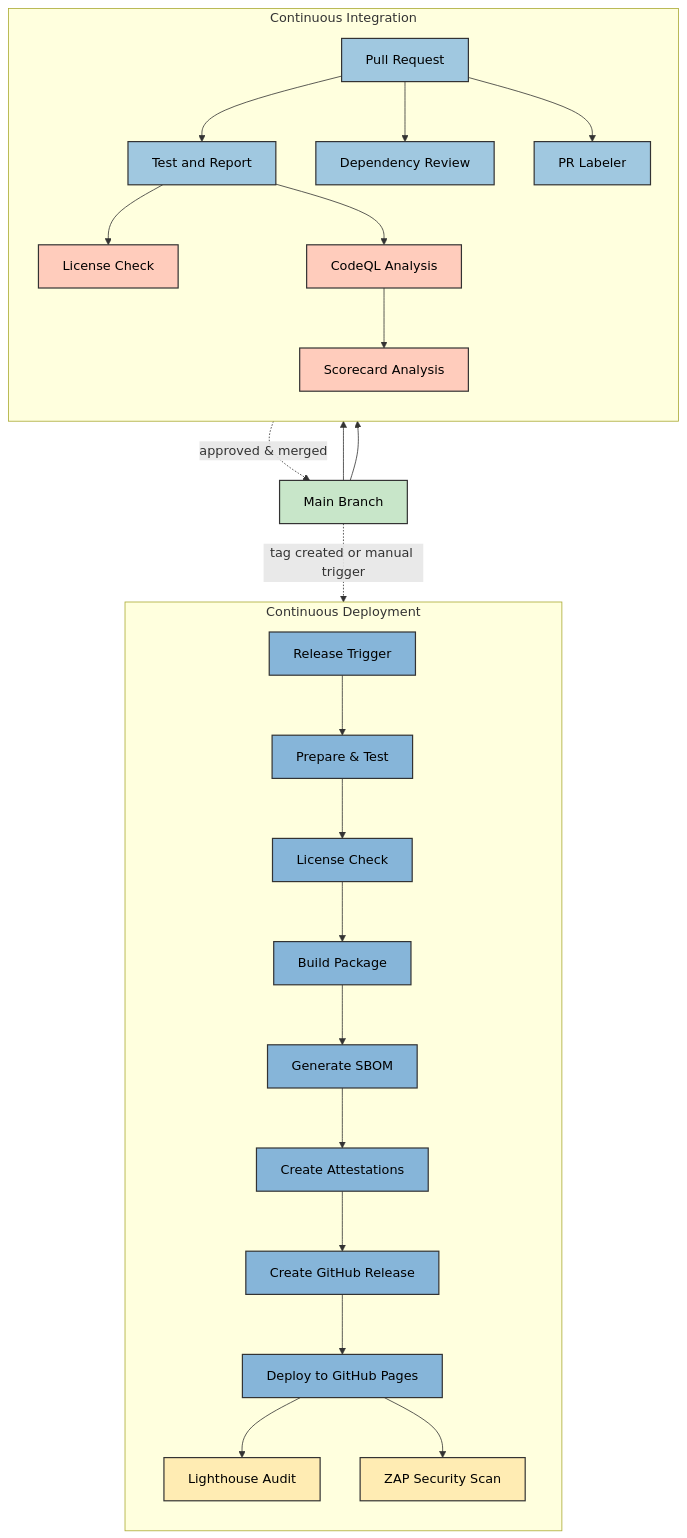
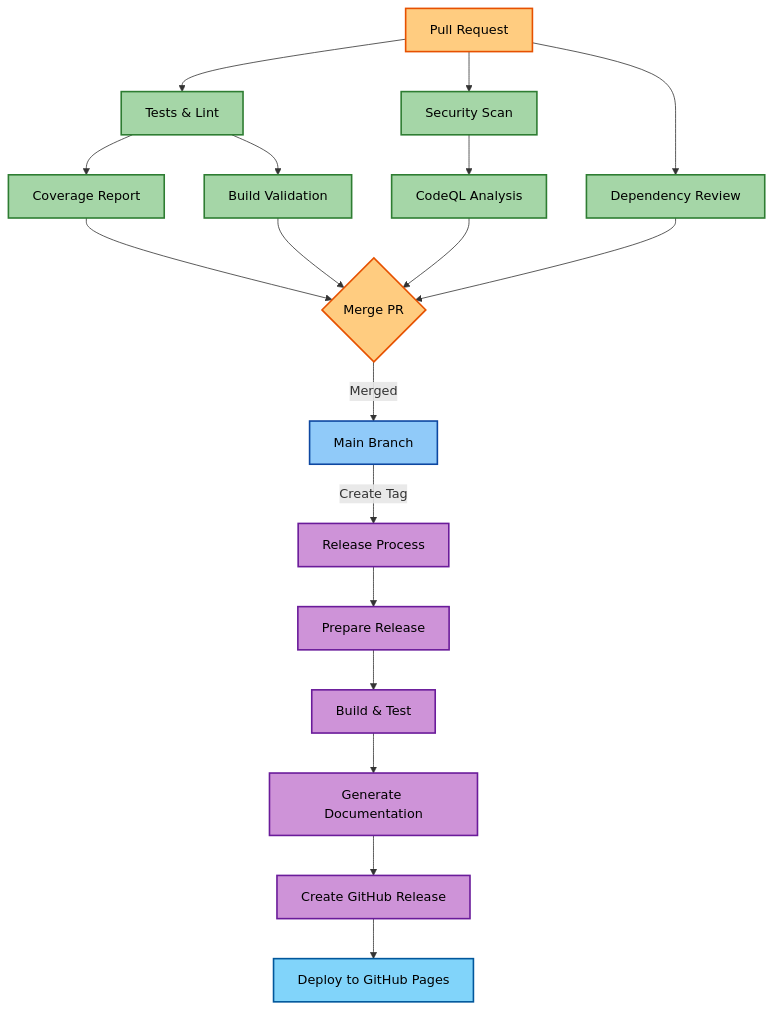
One commit to Hack23/cia-compliance-manager changed the first of 8 diagrams in docs/architecture/WORKFLOWS.md. Above: the diagram before and after it, drawn with Mermaid. The commit also changed other lines of this file and 7 other files, not shown here.

Commit message:
Enhance documentation for CIA Compliance Manager CI/CD workflows, including detailed descriptions of processes, updated diagrams, and improved organization of sections for better clarity and usability.

````diff
--- a/docs/architecture/WORKFLOWS.md
+++ b/docs/architecture/WORKFLOWS.md
@@ -42,44 +9,33 @@
 ```mermaid
-flowchart TB
-    subgraph "Continuous Integration"
-        direction TB
-        PR[Pull Request] --> TestReport[Test and Report]
-        PR --> DependencyReview[Dependency Review]
-        PR --> Labeler[PR Labeler]
-        TestReport --> LicenseCheck[License Check]
-        TestReport --> CodeQL[CodeQL Analysis]
-        CodeQL --> Scorecard[Scorecard Analysis]
-    end
-
-    subgraph "Continuous Deployment"
-        direction TB
-        Release[Release Trigger] --> BuildTest[Prepare & Test]
-        BuildTest --> LicenseCheck2[License Check]
-        LicenseCheck2 --> Build[Build Package]
-        Build --> GenerateSBOM[Generate SBOM]
-        GenerateSBOM --> Attestations[Create Attestations]
-        Attestations --> CreateRelease[Create GitHub Release]
-        CreateRelease --> DeployGHPages[Deploy to GitHub Pages]
-        DeployGHPages --> Lighthouse[Lighthouse Audit]
-        DeployGHPages --> ZAPScan[ZAP Security Scan]
-    end
-
-    PR -.-> |"approved & merged"| main[Main Branch]
-    main --> Scorecard
-    main --> CodeQL
-    main -.-> |"tag created or manual trigger"| Release
-
-    %% Enhanced color styling
-    classDef integration fill:#a0c8e0,stroke:#333,stroke-width:1.5px,color:black
-    classDef deployment fill:#86b5d9,stroke:#333,stroke-width:1.5px,color:black
-    classDef process fill:#c8e6c9,stroke:#333,stroke-width:1.5px,color:black
-    classDef trigger fill:#bbdefb,stroke:#333,stroke-width:1.5px,color:black
-    classDef security fill:#ffccbc,stroke:#333,stroke-width:1.5px,color:black
-    classDef audit fill:#ffecb3,stroke:#333,stroke-width:1.5px,color:black
-
-    class PR,TestReport,DependencyReview,Labeler integration
-    class CodeQL,Scorecard,LicenseCheck security
-    class Release,BuildTest,Build,CreateRelease,DeployGHPages,LicenseCheck2,GenerateSBOM,Attestations deployment
-    class Lighthouse,ZAPScan audit
-    class main process
+flowchart TD
+    PR[Pull Request] --> TestsAndLint[Tests & Lint]
+    PR --> SecurityScan[Security Scan]
+    PR --> DependencyReview[Dependency Review]
+    
+    TestsAndLint --> CoverageReport[Coverage Report]
+    TestsAndLint --> BuildValidation[Build Validation]
+    SecurityScan --> CodeQL[CodeQL Analysis]
+    
+    CoverageReport & BuildValidation & CodeQL & DependencyReview --> MergePR{Merge PR}
+    
+    MergePR -->|Merged| MainBranch[Main Branch]
+    MainBranch -->|Create Tag| ReleaseProcess[Release Process]
+    
+    ReleaseProcess --> PrepareRelease[Prepare Release]
+    PrepareRelease --> BuildAndTest[Build & Test]
+    BuildAndTest --> GenerateDocs[Generate Documentation]
+    GenerateDocs --> CreateRelease[Create GitHub Release]
+    CreateRelease --> DeployGHPages[Deploy to GitHub Pages]
+    
+    classDef pr fill:#ffcc80,stroke:#e65100,stroke-width:2px,color:black
+    classDef check fill:#a5d6a7,stroke:#2e7d32,stroke-width:2px,color:black
+    classDef branch fill:#90caf9,stroke:#0d47a1,stroke-width:2px,color:black
+    classDef release fill:#ce93d8,stroke:#6a1b9a,stroke-width:2px,color:black
+    classDef deploy fill:#81d4fa,stroke:#01579b,stroke-width:2px,color:black
+    
+    class PR,MergePR pr
+    class TestsAndLint,SecurityScan,DependencyReview,CoverageReport,BuildValidation,CodeQL check
+    class MainBranch branch
+    class ReleaseProcess,PrepareRelease,BuildAndTest,GenerateDocs,CreateRelease release
+    class DeployGHPages deploy
 ```
````
